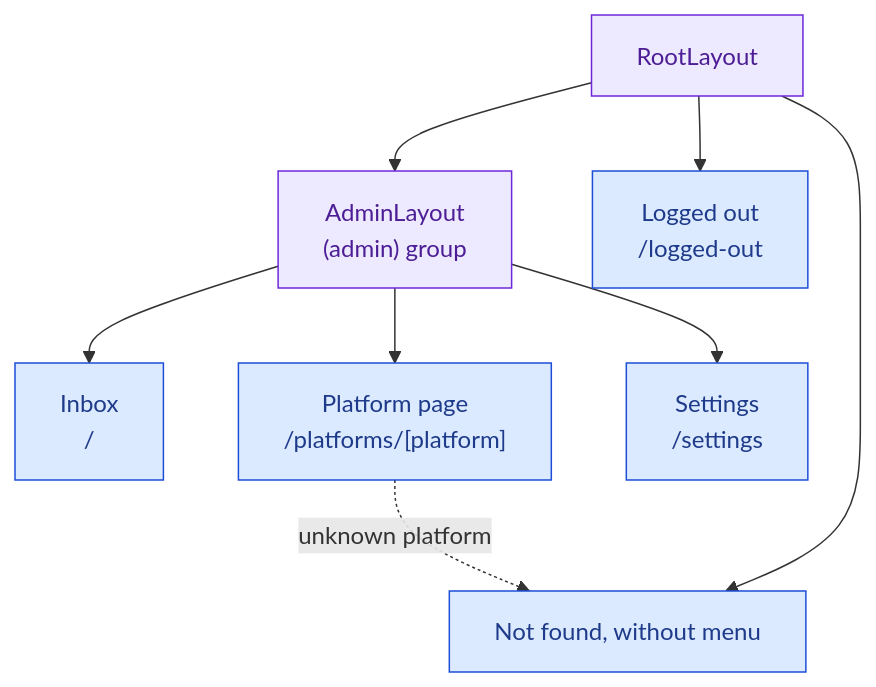
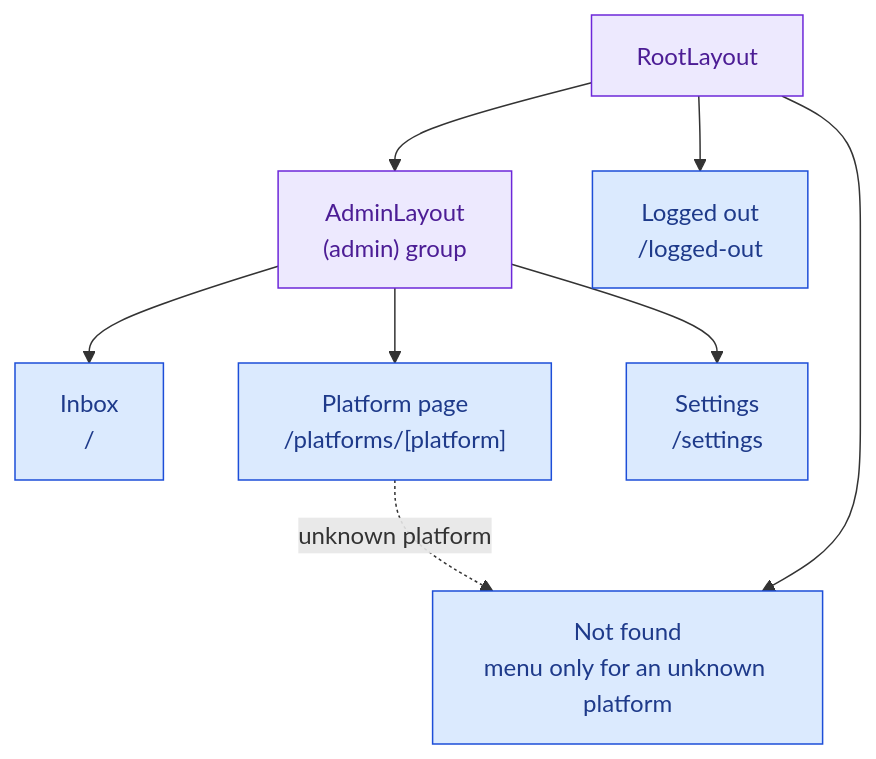
Before and after one commit to AlberteViendahl/feedback: the third of 13 diagrams in apps/admin/docs/architecture.md, drawn with Mermaid. The commit also changed other lines of this file and 4 other files, not shown here.

First line of the commit message:
Fix not-found page inside the admin frame

````diff
--- a/apps/admin/docs/architecture.md
+++ b/apps/admin/docs/architecture.md
@@ -74,24 +76,24 @@
 ```mermaid
 flowchart TD
   Root["RootLayout"]:::layout
   Admin["AdminLayout<br/>(admin) group"]:::layout
   Home["Inbox<br/>/"]:::page
   Platform["Platform page<br/>/platforms/[platform]"]:::page
   Settings["Settings<br/>/settings"]:::page
   LoggedOut["Logged out<br/>/logged-out"]:::page
-  NotFound["Not found, without menu"]:::page
+  NotFound["Not found<br/>menu only for an unknown platform"]:::page
 
   Root --> Admin
   Root --> LoggedOut
   Root --> NotFound
   Admin --> Home
   Admin --> Platform
   Admin --> Settings
   Platform -. "unknown platform" .-> NotFound
 
   classDef page fill:#DBEAFE,stroke:#1D4ED8,color:#1E3A8A
   classDef layout fill:#EDE9FE,stroke:#6D28D9,color:#4C1D95
   classDef component fill:#DCFCE7,stroke:#15803D,color:#14532D
   classDef store fill:#FFEDD5,stroke:#C2410C,color:#7C2D12
   classDef mock fill:#F3F4F6,stroke:#4B5563,color:#1F2937,stroke-dasharray:4 3
 ```
````
